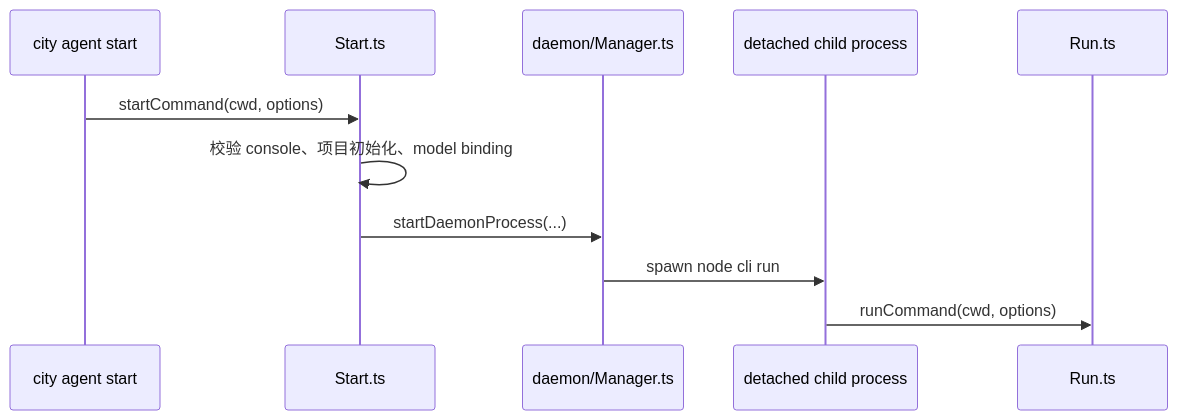
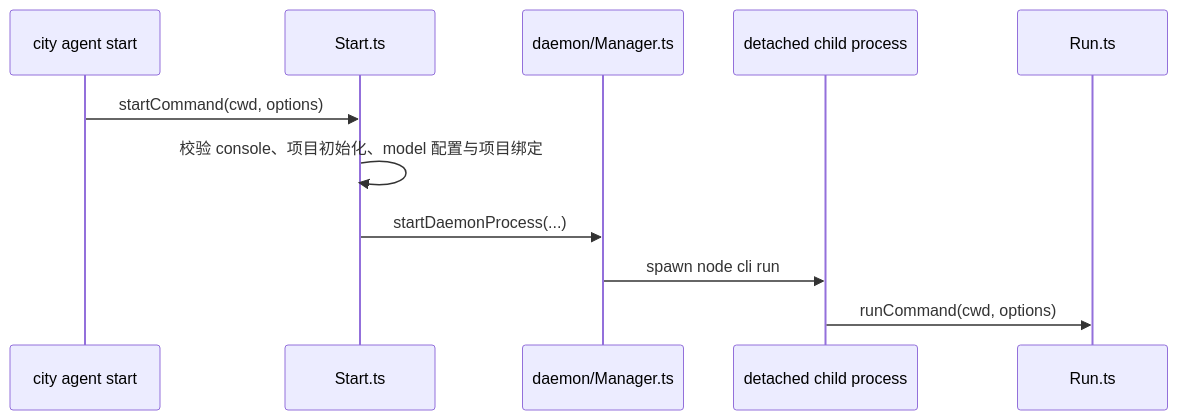
The first of 7 diagrams in devdocs/startup-and-api-flow.md (wangenius/downcity), drawn with Mermaid before and after one commit. The commit also changed 37 other files, not shown here.

````diff
--- a/devdocs/startup-and-api-flow.md
+++ b/devdocs/startup-and-api-flow.md
@@ -38,14 +38,14 @@
 ```mermaid
 sequenceDiagram
   participant CLI as city agent start
   participant START as Start.ts
   participant DAEMON as daemon/Manager.ts
   participant CHILD as detached child process
   participant RUN as Run.ts
 
   CLI->>START: startCommand(cwd, options)
-  START->>START: 校验 console、项目初始化、model binding
+  START->>START: 校验 console、项目初始化、model 配置与项目绑定
   START->>DAEMON: startDaemonProcess(...)
   DAEMON->>CHILD: spawn node cli run
   CHILD->>RUN: runCommand(cwd, options)
 ```
````
